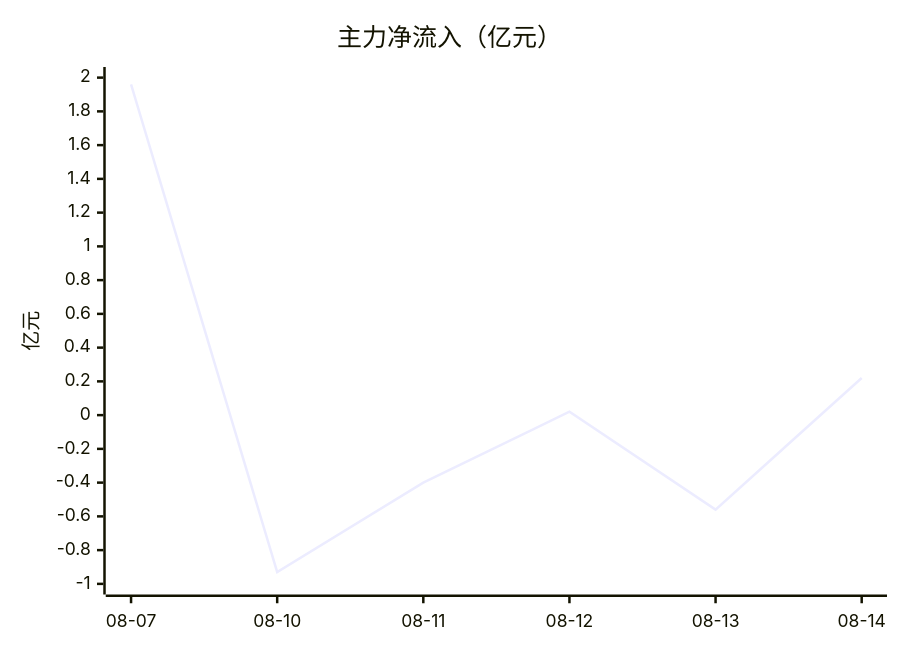
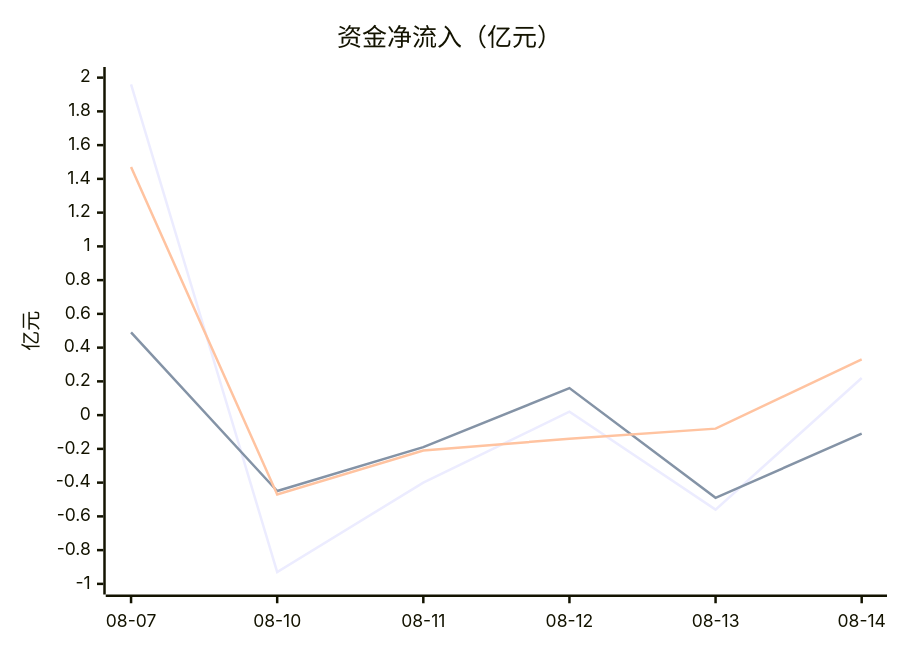
Before and after one commit to colin-plus/trader: the diagram in 03-市场研究/个股档案/晶方科技（603005）/资金流向.md, drawn with Mermaid. The commit also changed other lines of this file and 2 other files, not shown here.

Commit message:
资金流向升级：表格加中单/小单列（全谱系），mermaid 多折线（主力/超大/大单已画，中单/小单待接口恢复自动补）

````diff
--- a/03-市场研究/个股档案/晶方科技（603005）/资金流向.md
+++ b/03-市场研究/个股档案/晶方科技（603005）/资金流向.md
@@ -26,7 +27,9 @@
 ```mermaid
 xychart-beta
-    title "主力净流入（亿元）"
+    title "资金净流入（亿元）"
     x-axis ["08-07", "08-10", "08-11", "08-12", "08-13", "08-14"]
     y-axis "亿元" -1 --> 2
     line [1.96, -0.93, -0.40, 0.02, -0.56, 0.22]
+    line [0.49, -0.45, -0.19, 0.16, -0.49, -0.11]
+    line [1.47, -0.47, -0.21, -0.14, -0.08, 0.33]
 ```
````
